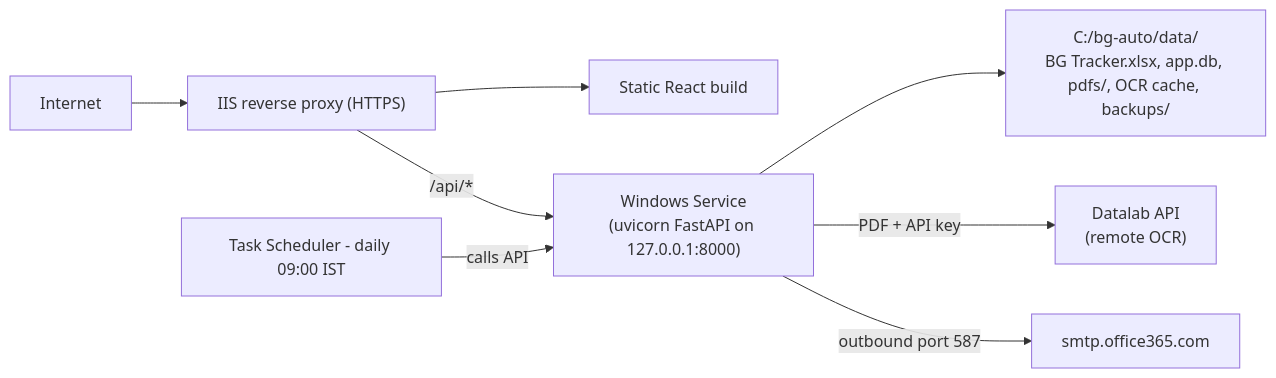
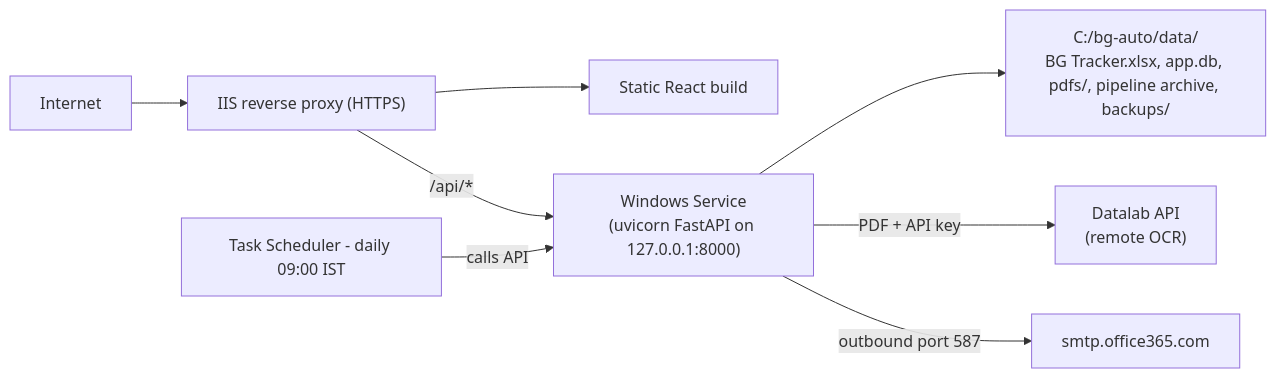
The third of 3 diagrams in plan/01-architecture.md (LaxmiKhilnani-nhit/Bank-Guarantee-Automation), drawn with Mermaid before and after one commit. The commit also changed other lines of this file and 22 other files, not shown here.

First line of the commit message:
Move BG extraction to the Datalab pipeline with schema v1

````diff
--- a/plan/01-architecture.md
+++ b/plan/01-architecture.md
@@ -91,10 +91,10 @@
 ```mermaid
 flowchart LR
   Internet --> IIS["IIS reverse proxy (HTTPS)"]
   IIS --> FE["Static React build"]
   IIS -->|"/api/*"| SVC["Windows Service\n(uvicorn FastAPI on 127.0.0.1:8000)"]
-  SVC --> DATA["C:/bg-auto/data/\nBG Tracker.xlsx, app.db, pdfs/, OCR cache, backups/"]
+  SVC --> DATA["C:/bg-auto/data/\nBG Tracker.xlsx, app.db, pdfs/, pipeline archive, backups/"]
   SVC -->|PDF + API key| DIC["Datalab API\n(remote OCR)"]
   SVC -->|outbound port 587| O365["smtp.office365.com"]
   TS["Task Scheduler - daily 09:00 IST"] -->|calls API| SVC
 ```
````
